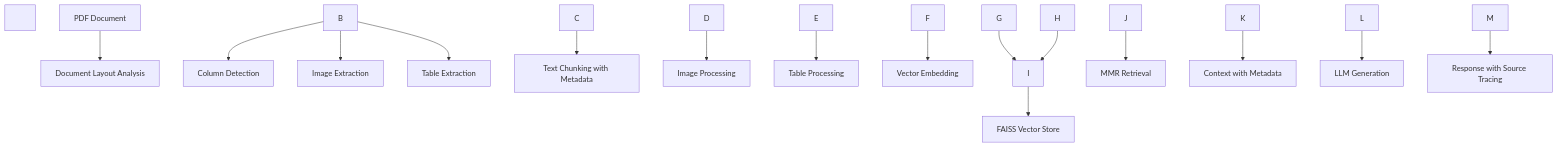
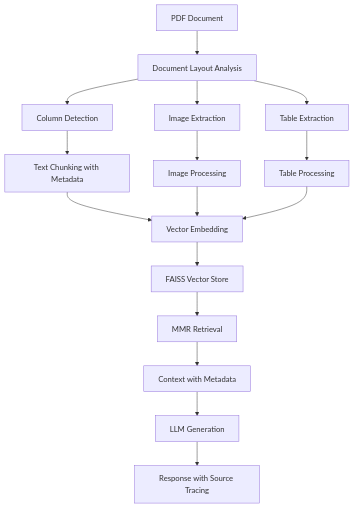
One commit to dhruvsh1997/AdvanceRAG-Concepts-Langchain changed the first of 6 diagrams in README.MD. Above: the diagram before and after it, drawn with Mermaid. The commit also changed other lines of this file, not shown here.

````diff
--- a/README.MD
+++ b/README.MD
@@ -101,35 +54,18 @@
 ```mermaid
-
 graph TD
-
-&nbsp;   A\[PDF Document] --> B\[Document Layout Analysis]
-
-&nbsp;   B --> C\[Column Detection]
-
-&nbsp;   B --> D\[Image Extraction]
-
-&nbsp;   B --> E\[Table Extraction]
-
-&nbsp;   C --> F\[Text Chunking with Metadata]
-
-&nbsp;   D --> G\[Image Processing]
-
-&nbsp;   E --> H\[Table Processing]
-
-&nbsp;   F --> I\[Vector Embedding]
-
-&nbsp;   G --> I
-
-&nbsp;   H --> I
-
-&nbsp;   I --> J\[FAISS Vector Store]
-
-&nbsp;   J --> K\[MMR Retrieval]
-
-&nbsp;   K --> L\[Context with Metadata]
-
-&nbsp;   L --> M\[LLM Generation]
-
-&nbsp;   M --> N\[Response with Source Tracing]
-
+    A[PDF Document] --> B[Document Layout Analysis]
+    B --> C[Column Detection]
+    B --> D[Image Extraction]
+    B --> E[Table Extraction]
+    C --> F[Text Chunking with Metadata]
+    D --> G[Image Processing]
+    E --> H[Table Processing]
+    F --> I[Vector Embedding]
+    G --> I
+    H --> I
+    I --> J[FAISS Vector Store]
+    J --> K[MMR Retrieval]
+    K --> L[Context with Metadata]
+    L --> M[LLM Generation]
+    M --> N[Response with Source Tracing]
 ```
````
